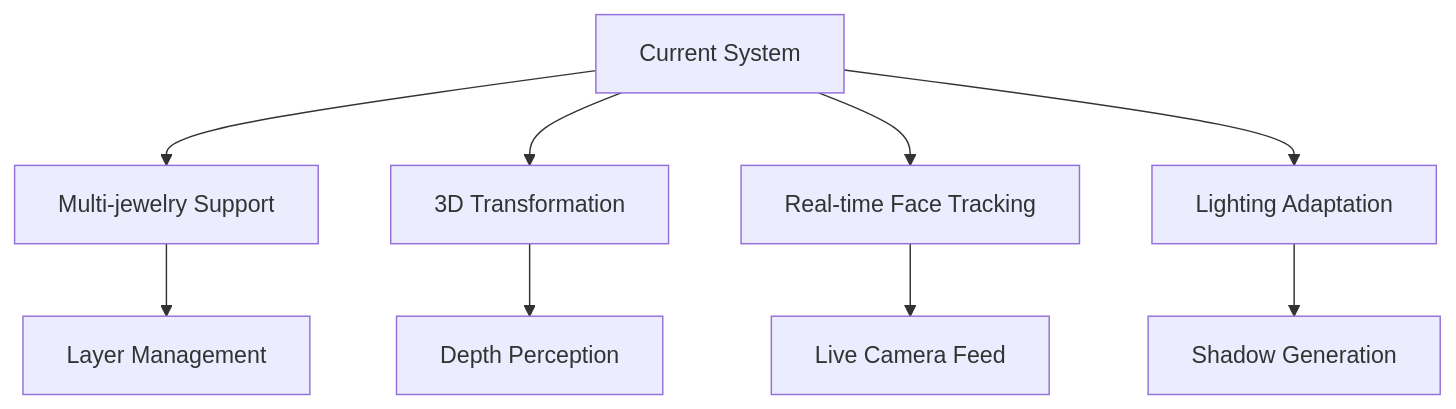
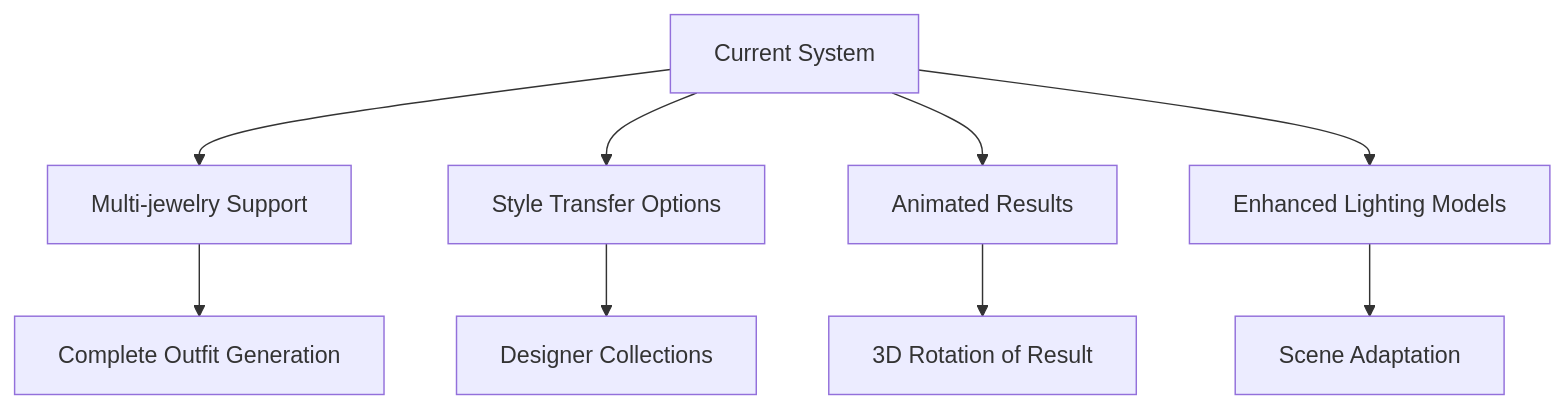
Before and after one commit to ShivaBhattacharjee/astra-assignment: the sixth of 6 diagrams in DESIGN_DOCUMENT.md, drawn with Mermaid. The commit also changed other lines of this file, not shown here.

Commit message:
feat: Revise design document to reflect high-fidelity AI image generation and updated architecture

````diff
--- a/DESIGN_DOCUMENT.md
+++ b/DESIGN_DOCUMENT.md
@@ -374,12 +386,12 @@
 ```mermaid
 graph TD
     A[Current System] --> B[Multi-jewelry Support]
-    A --> C[3D Transformation]
-    A --> D[Real-time Face Tracking]
-    A --> E[Lighting Adaptation]
+    A --> C[Style Transfer Options]
+    A --> D[Animated Results]
+    A --> E[Enhanced Lighting Models]
     
-    B --> F[Layer Management]
-    C --> G[Depth Perception]
-    D --> H[Live Camera Feed]
-    E --> I[Shadow Generation]
+    B --> F[Complete Outfit Generation]
+    C --> G[Designer Collections]
+    D --> H[3D Rotation of Result]
+    E --> I[Scene Adaptation]
 ```
````
